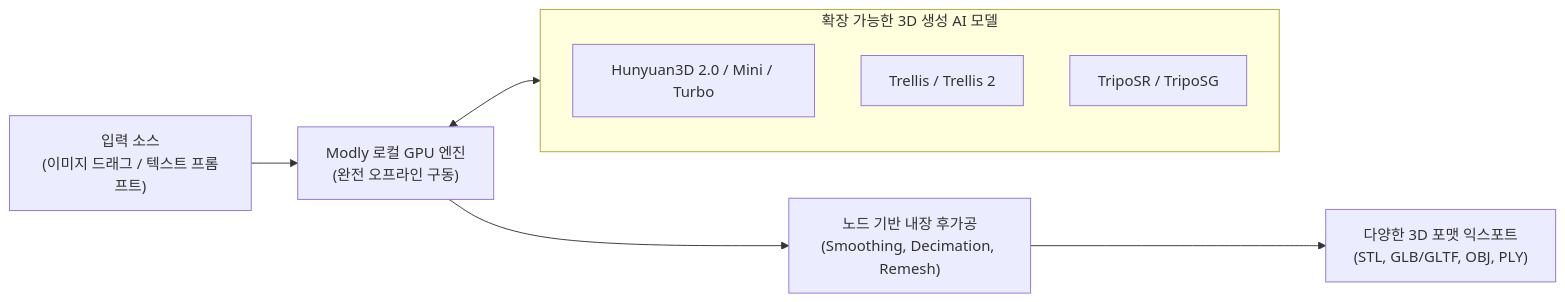
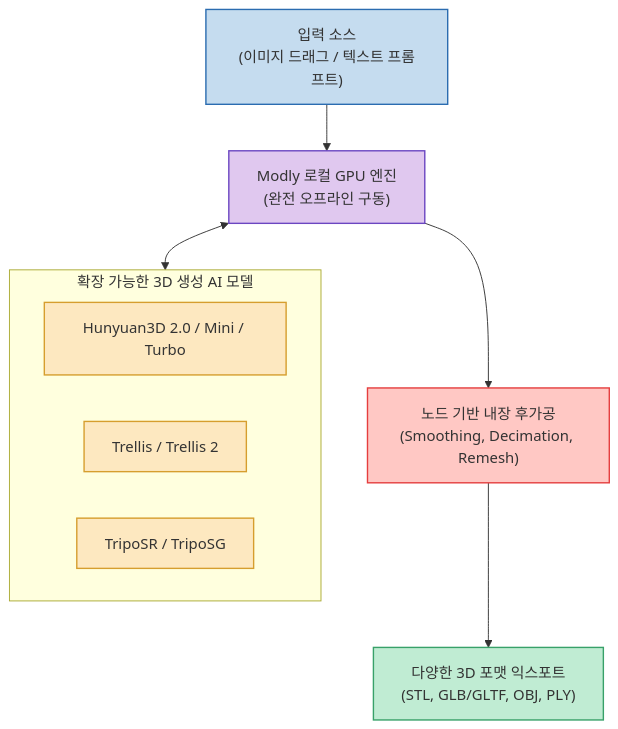
One commit to gyuha/gyuha.github.io changed the diagram in content/post/2026/08/2026-08-20-modly-local-gpu-3d-model-generator.md. Above: the diagram before and after it, drawn with Mermaid. The commit also changed 937 other files, not shown here.

````diff
--- a/content/post/2026/08/2026-08-20-modly-local-gpu-3d-model-generator.md
+++ b/content/post/2026/08/2026-08-20-modly-local-gpu-3d-model-generator.md
@@ -31,12 +31,24 @@
 ```mermaid
-flowchart LR
-    Input["입력 소스\n(이미지 드래그 / 텍스트 프롬프트)"] --> Engine["Modly 로컬 GPU 엔진\n(완전 오프라인 구동)"]
+flowchart TD
+    classDef inputNode fill:#c5dcef,stroke:#2b6cb0,stroke-width:1.5px,color:#333;
+    classDef coreNode fill:#e0c8ef,stroke:#6b46c1,stroke-width:1.5px,color:#333;
+    classDef modelNode fill:#fde8c0,stroke:#d69e2e,stroke-width:1.5px,color:#333;
+    classDef procNode fill:#ffc8c4,stroke:#e53e3e,stroke-width:1.5px,color:#333;
+    classDef outNode fill:#c0ecd3,stroke:#38a169,stroke-width:1.5px,color:#333;
+
+    Input["입력 소스<br>(이미지 드래그 / 텍스트 프롬프트)"] --> Engine["Modly 로컬 GPU 엔진<br>(완전 오프라인 구동)"]
     subgraph Models["확장 가능한 3D 생성 AI 모델"]
         Hunyuan["Hunyuan3D 2.0 / Mini / Turbo"]
         Trellis["Trellis / Trellis 2"]
         Tripo["TripoSR / TripoSG"]
     end
     Engine <--> Models
-    Engine --> NodeProcess["노드 기반 내장 후가공\n(Smoothing, Decimation, Remesh)"]
-    NodeProcess --> Export["다양한 3D 포맷 익스포트\n(STL, GLB/GLTF, OBJ, PLY)"]
+    Engine --> NodeProcess["노드 기반 내장 후가공<br>(Smoothing, Decimation, Remesh)"]
+    NodeProcess --> Export["다양한 3D 포맷 익스포트<br>(STL, GLB/GLTF, OBJ, PLY)"]
+
+    class Input inputNode;
+    class Engine coreNode;
+    class Hunyuan,Trellis,Tripo modelNode;
+    class NodeProcess procNode;
+    class Export outNode;
 ```
````
